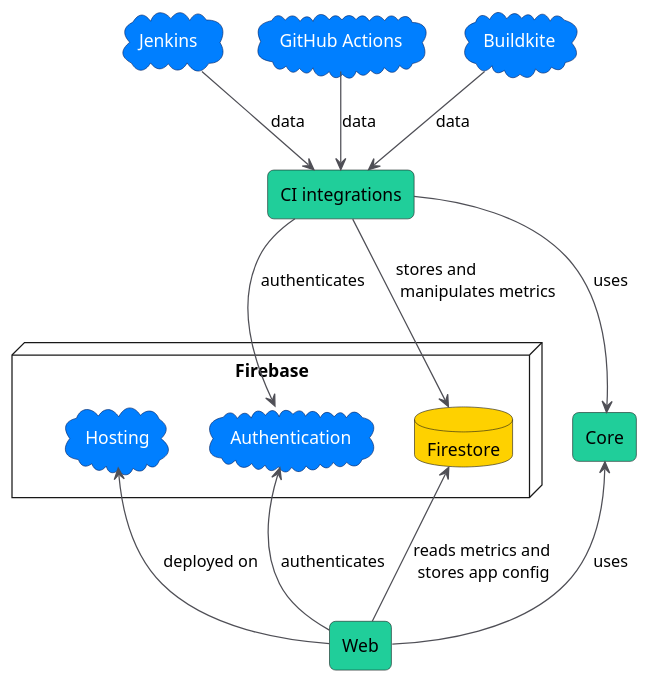
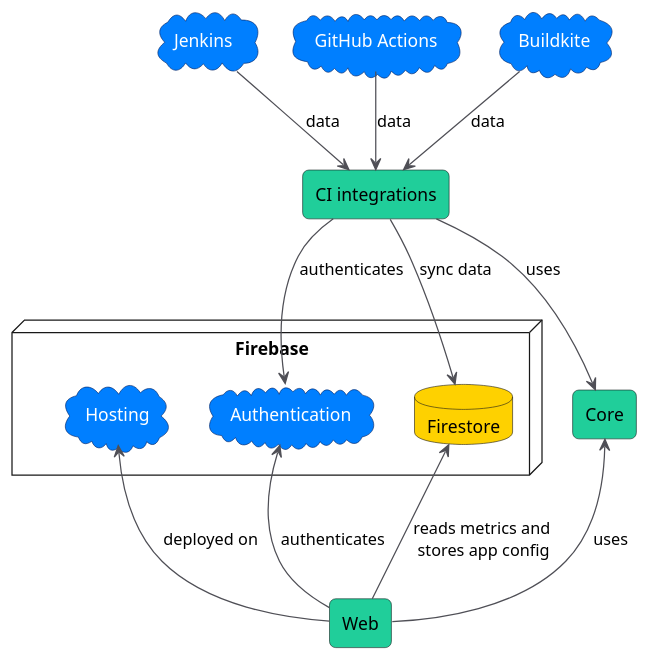
The diagram in concept_map.puml (Flank/flank-dashboard), drawn with PlantUML before and after one commit.

Commit message:
chore: update concept map to include sync step

```diff
--- a/concept_map.puml
+++ b/concept_map.puml
@@ -1,65 +1,65 @@
 @startuml metrics_concept_map
 
 skinparam DefaultTextAlignment left
 
 skinparam database {
     borderColor #292618
     backgroundColor #fed100
 }
 
 skinparam cloud {
     borderColor #002366
     backgroundColor #007FFF
     fontColor white
 }
 
 skinparam rectangle {
     borderColor #182b27
     backgroundColor #20ce9a
     roundCorner 10
 }
 
 skinparam ArrowColor #4f4f56
 
 cloud Jenkins
 cloud "GitHub Actions" as GA
 cloud Buildkite
 
 rectangle "CI integrations" as CI
 
 together {
     node Firebase {
         cloud Hosting
         database Firestore
         cloud Authentication
     }
 
     rectangle Core
 }
 
 rectangle Web
 
 Jenkins -[hidden]right-> GA
 GA -[hidden]right-> Buildkite
 
 Jenkins -down-> CI : data
 GA -down-> CI : data
 Buildkite -down-> CI : data
 
-CI -down-> Firestore : stores and \l manipulates metrics
+CI -down-> Firestore : sync data
 CI -down-> Authentication : authenticates
 CI -[hidden]down-> Hosting
 
 Hosting -[hidden]right-> Authentication
 Authentication -[hidden]right-> Firestore
 
 Firebase -[hidden]right-> Core
 
 Web -up-> Firestore : reads metrics and \l stores app config
 Web -up-> Authentication : authenticates
 Web -up-> Hosting : deployed on
 
 Web --right--> Core : uses
 CI --right--> Core  : uses
 
 @enduml
```
